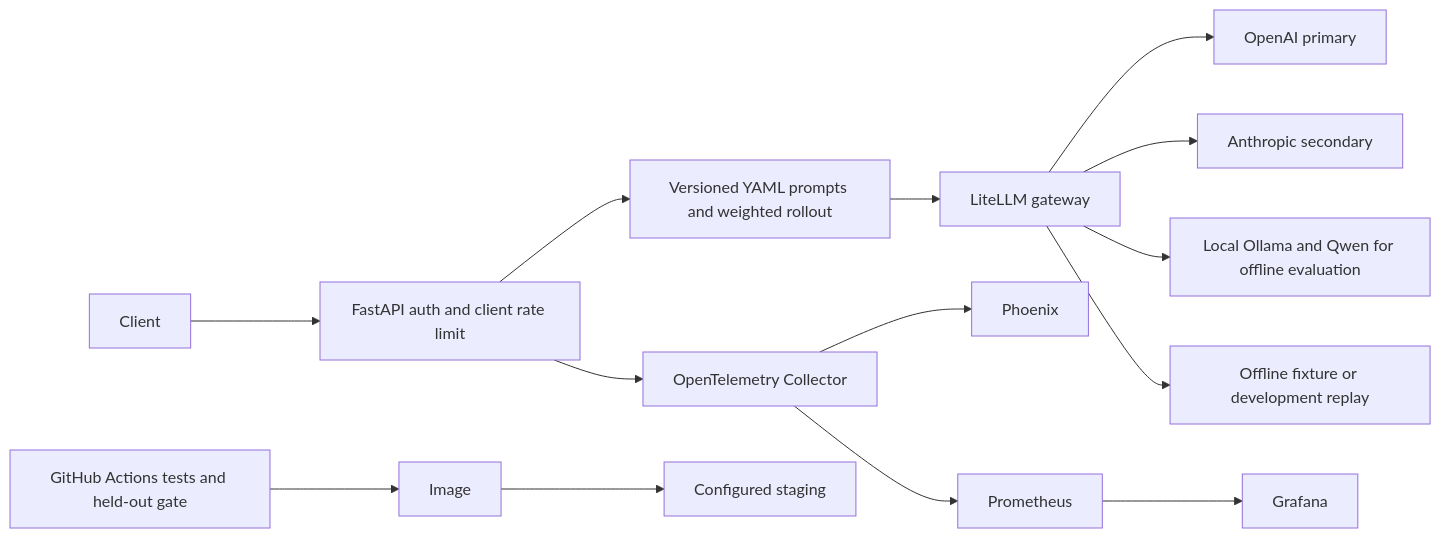
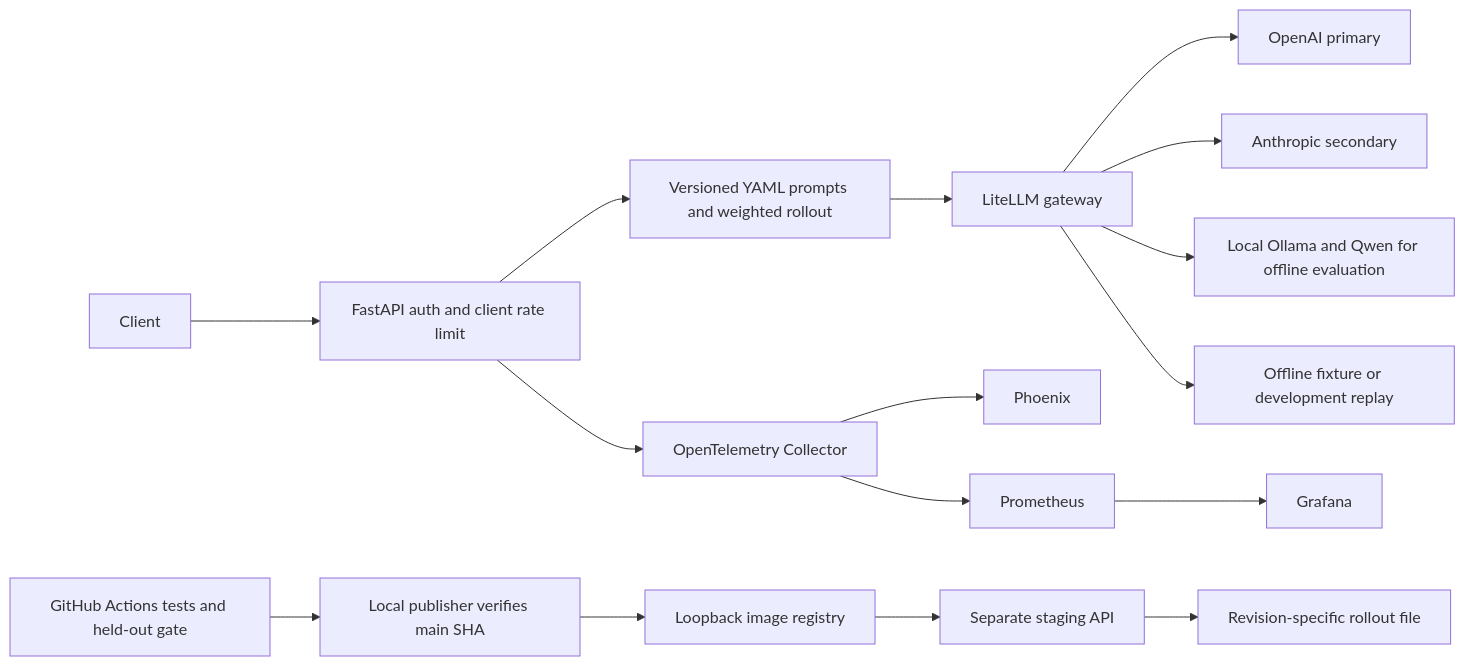
Before and after one commit to saicharanreddyamedapu/LLMops-Support-Ticket-Triage: the diagram in README.md, drawn with Mermaid. The commit also changed other lines of this file and 14 other files, not shown here.

````diff
--- a/README.md
+++ b/README.md
@@ -46,14 +47,15 @@
 ```mermaid
 flowchart LR
     C[Client] --> A[FastAPI auth and client rate limit]
     A --> P[Versioned YAML prompts and weighted rollout]
     P --> G[LiteLLM gateway]
     G --> O[OpenAI primary]
     G --> H[Anthropic secondary]
     G --> Q[Local Ollama and Qwen for offline evaluation]
     G --> F[Offline fixture or development replay]
     A --> T[OpenTelemetry Collector] --> X[Phoenix]
     T --> M[Prometheus] --> D[Grafana]
-    CI[GitHub Actions tests and held-out gate] --> I[Image]
-    I --> S[Configured staging]
+    CI[GitHub Actions tests and held-out gate] --> W[Local publisher verifies main SHA]
+    W --> I[Loopback image registry] --> S[Separate staging API]
+    S --> R[Revision-specific rollout file]
 ```
````
